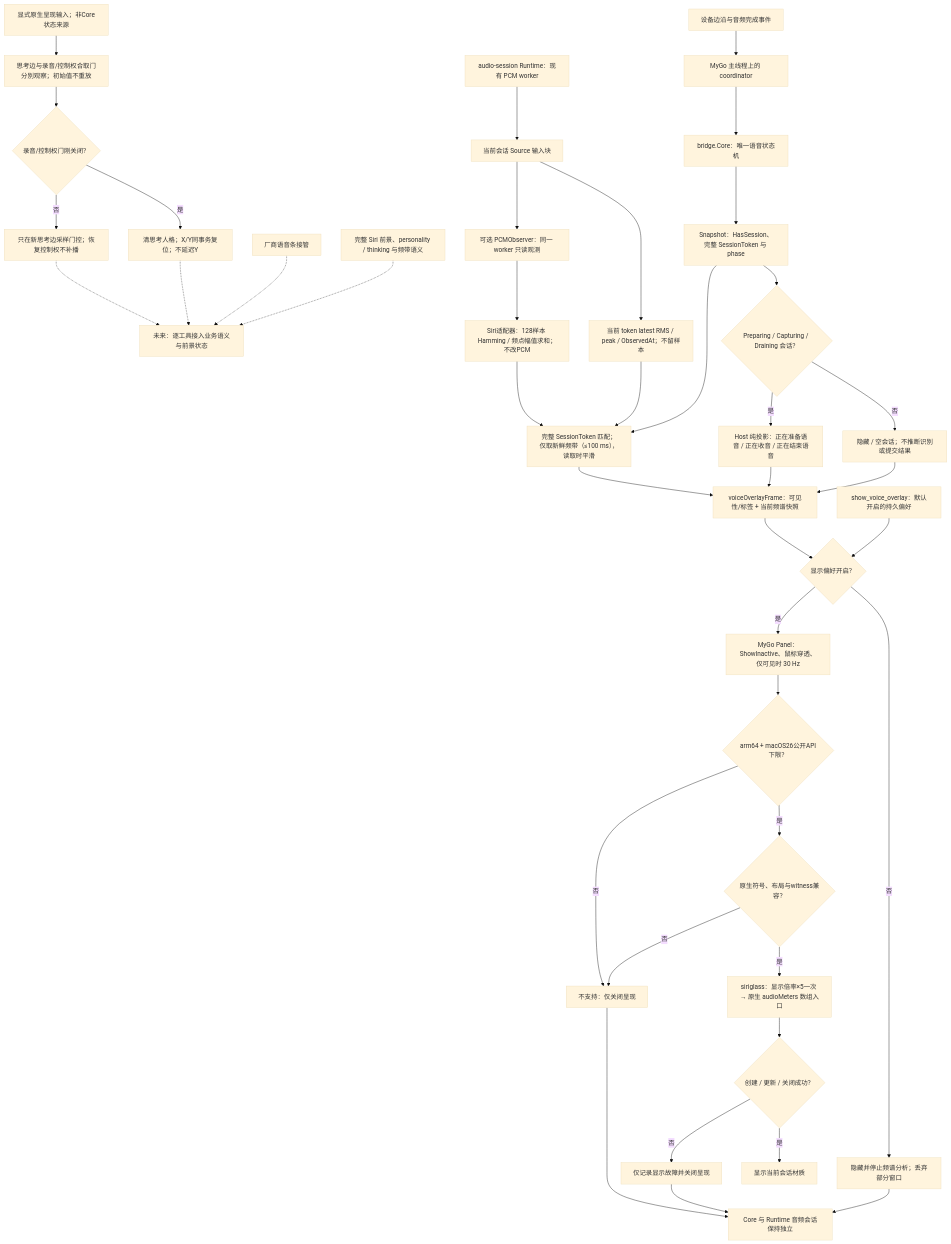
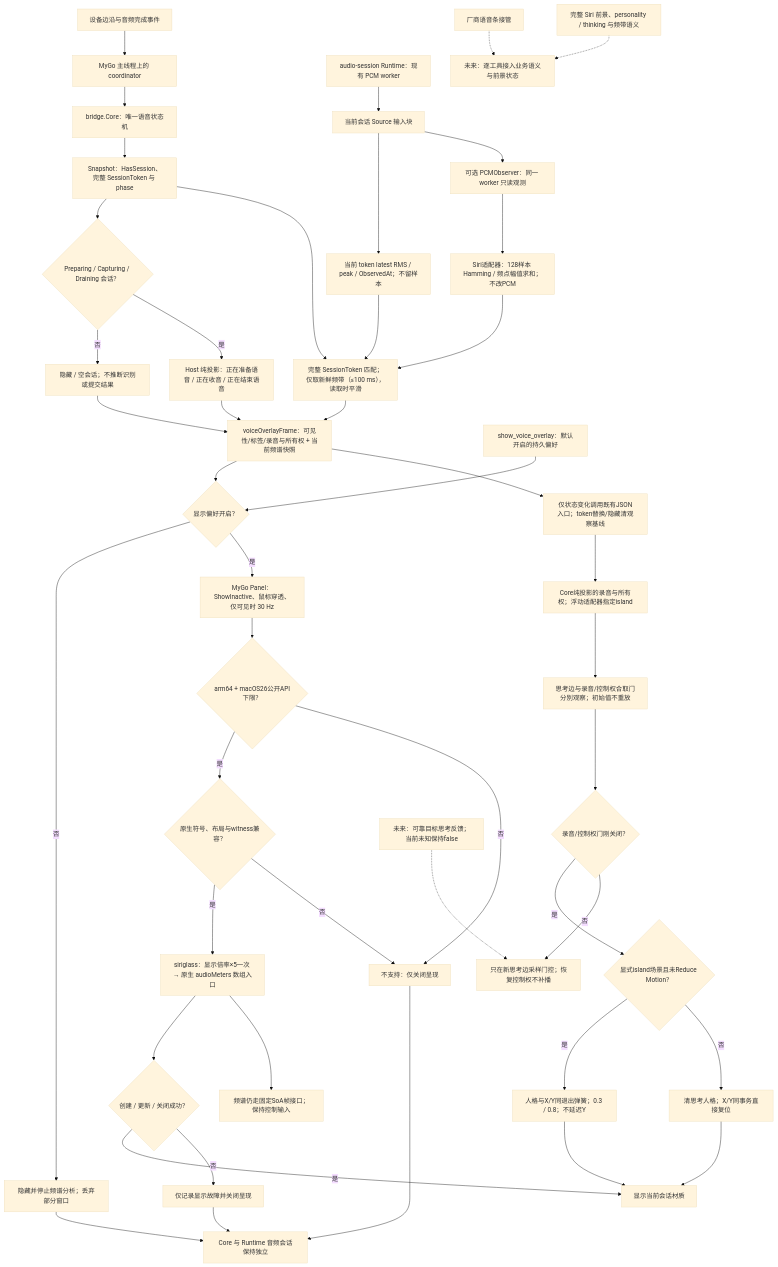
The diagram in tools/workbench/diagrams/voice-presentation-boundary.mmd (daftAI2026/MiMac), drawn with Mermaid (base theme) before and after one commit. The commit also changed 16 other files, not shown here.

```diff
--- a/tools/workbench/diagrams/voice-presentation-boundary.mmd
+++ b/tools/workbench/diagrams/voice-presentation-boundary.mmd
@@ -1,44 +1,50 @@
 flowchart TD
     input["设备边沿与音频完成事件"] --> owner["MyGo 主线程上的 coordinator"]
     owner --> core["bridge.Core：唯一语音状态机"]
     core --> snapshot["Snapshot：HasSession、完整 SessionToken 与 phase"]
     snapshot --> active{"Preparing / Capturing / Draining 会话？"}
     active -->|否| idle["隐藏 / 空会话；不推断识别或提交结果"]
     active -->|是| phase["Host 纯投影：正在准备语音 / 正在收音 / 正在结束语音"]
 
     runtime["audio-session Runtime：现有 PCM worker"] --> source["当前会话 Source 输入块"]
     source --> meter["当前 token latest RMS / peak / ObservedAt；不留样本"]
     source --> observer["可选 PCMObserver：同一 worker 只读观测"]
     observer --> spectrum["Siri适配器：128样本 Hamming / 频点幅值求和；不改PCM"]
     snapshot --> match["完整 SessionToken 匹配；仅取新鲜频带（≤100 ms），读取时平滑"]
     meter --> match
     spectrum --> match
-    phase --> frame["voiceOverlayFrame：可见性/标签 + 当前频谱快照"]
+    phase --> frame["voiceOverlayFrame：可见性/标签/录音与所有权 + 当前频谱快照"]
     match --> frame
     idle --> frame
 
     preference["show_voice_overlay：默认开启的持久偏好"] --> enabled{"显示偏好开启？"}
     frame --> enabled
     enabled -->|否| hidden["隐藏并停止频谱分析；丢弃部分窗口"]
     enabled -->|是| panel["MyGo Panel：ShowInactive、鼠标穿透、仅可见时 30 Hz"]
     panel --> gate{"arm64 + macOS26公开API下限？"}
     gate -->|是| capability{"原生符号、布局与witness兼容？"}
     capability -->|是| renderer["siriglass：显示倍率×5一次 → 原生 audioMeters 数组入口"]
     capability -->|否| unsupported
     gate -->|否| unsupported["不支持：仅关闭呈现"]
     renderer --> operation{"创建 / 更新 / 关闭成功？"}
     operation -->|是| material["显示当前会话材质"]
     operation -->|否| failure["仅记录显示故障并关闭呈现"]
     hidden --> audio["Core 与 Runtime 音频会话保持独立"]
     unsupported --> audio
     failure --> audio
 
     vendor["厂商语音条接管"] -.-> future["未来：逐工具接入业务语义与前景状态"]
     siri["完整 Siri 前景、personality / thinking 与频带语义"] -.-> future
 
-    explicit["显式原生呈现输入；非Core状态来源"] --> nativeEdges["思考边与录音/控制权合取门分别观察；初始值不重放"]
+    explicit["Core纯投影的录音与所有权；浮动适配器指定island"] --> nativeEdges["思考边与录音/控制权合取门分别观察；初始值不重放"]
+    frame --> controls["仅状态变化调用既有JSON入口；token替换/隐藏清观察基线"]
+    controls --> explicit
+    renderer --> arrays["频谱仍走固定SoA帧接口；保持控制输入"]
     nativeEdges --> exitGate{"录音/控制权门刚关闭？"}
-    exitGate -->|是| reset["清思考人格；X/Y同事务复位；不延迟Y"]
+    exitGate -->|是| exitScene{"显式island场景且未Reduce Motion？"}
+    exitScene -->|是| resetAnimated["人格与X/Y同退出弹簧；0.3 / 0.8；不延迟Y"]
+    exitScene -->|否| reset["清思考人格；X/Y同事务直接复位"]
     exitGate -->|否| thinkEdge["只在新思考边采样门控；恢复控制权不补播"]
-    reset -.-> future
-    thinkEdge -.-> future
+    reset --> material
+    resetAnimated --> material
+    target["未来：可靠目标思考反馈；当前未知保持false"] -.-> thinkEdge
```
